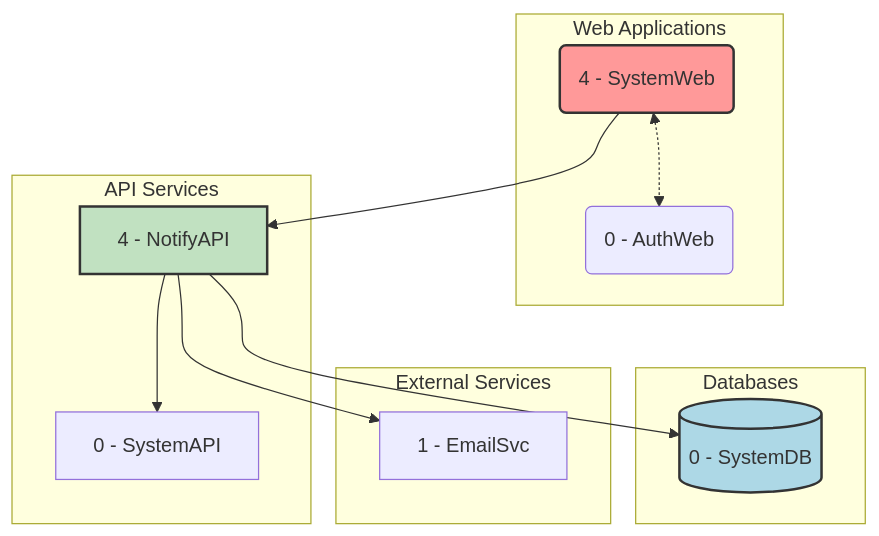
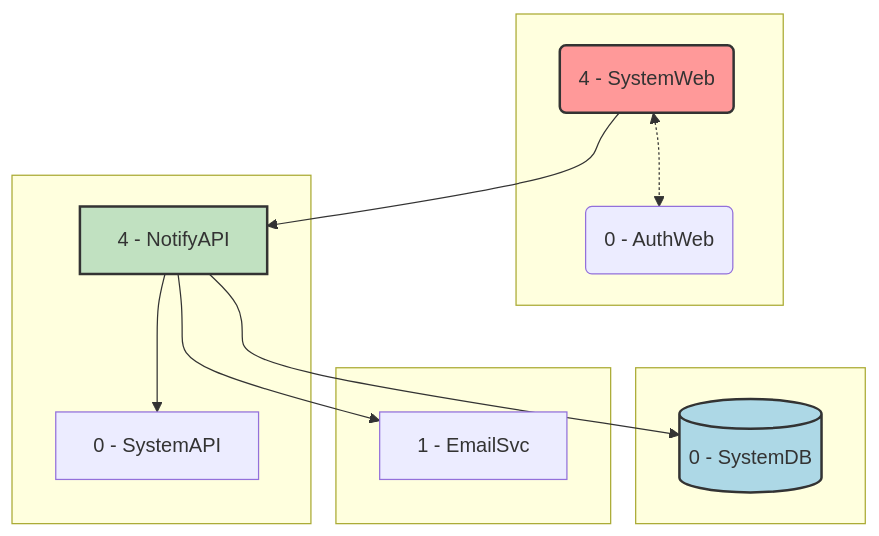
Before and after one commit to AstroBookings/.github: the first of 2 diagrams in profile/1-analysis/5_4-astrobookings-notification-system-domain.md, drawn with Mermaid.

````diff
--- a/profile/1-analysis/5_4-astrobookings-notification-system-domain.md
+++ b/profile/1-analysis/5_4-astrobookings-notification-system-domain.md
@@ -59,44 +59,44 @@
 ```mermaid
 graph TD
-    subgraph Web Applications
+    subgraph Web Applications[ ]
         AuthWeb(0 - AuthWeb)
         SystemWeb(4 - SystemWeb)
     end
 
-    subgraph API Services
+    subgraph API Services[ ]
         SystemAPI[0 - SystemAPI]
         NotifyAPI[4 - NotifyAPI]
     end
 
-    subgraph Databases
+    subgraph Databases[ ]
         SystemDB[(0 - SystemDB)]
     end
 
-    subgraph External Services
+    subgraph External Services[ ]
         EmailSvc[1 - EmailSvc]
     end
 
     %% Web to Web connections
     SystemWeb <-.-> AuthWeb
 
     %% Web to API connections
     SystemWeb --> NotifyAPI
 
     %% API to API connections
     NotifyAPI --> SystemAPI
 
     %% API to Database connections
     NotifyAPI --> SystemDB
 
     %% API to External Service connections
     NotifyAPI --> EmailSvc
 
     %% Style
     classDef web fill:#FF9999,stroke:#333,stroke-width:2px;
     classDef api fill:#C1E1C1,stroke:#333,stroke-width:2px;
     classDef db fill:#ADD8E6,stroke:#333,stroke-width:2px;
     classDef ext fill:#E6E6FA,stroke:#333,stroke-width:2px;
     class SystemWeb web;
     class NotifyAPI api;
     class SystemDB db;
 ```
````
